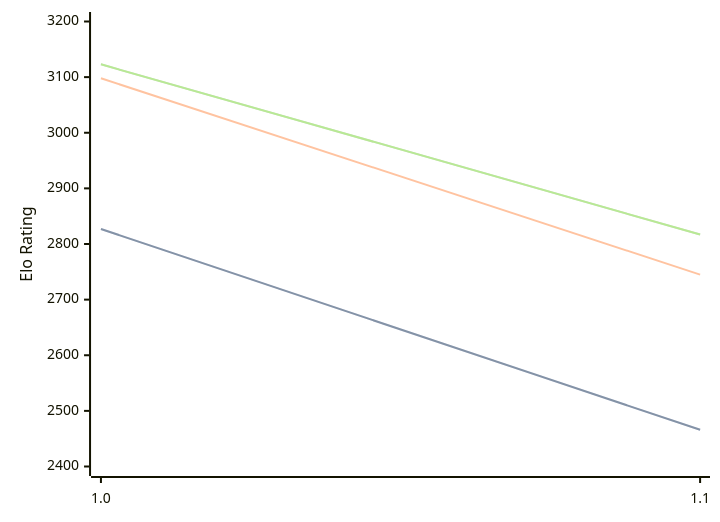
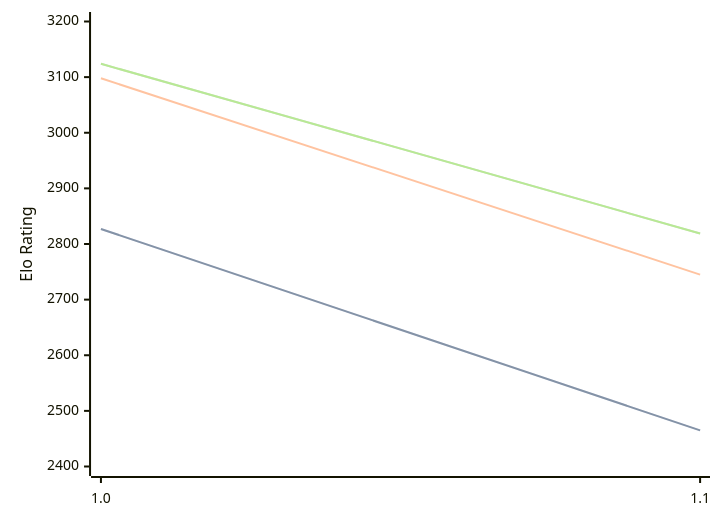
Before and after one commit to computer-chess-index/cci: the third of 3 diagrams in engines/Publius.md, drawn with Mermaid. The commit also changed other lines of this file, not shown here.

Commit message:
Update CCI Ratings (ELO VLTC) - 2026-07-12

````diff
--- a/engines/Publius.md
+++ b/engines/Publius.md
@@ -65,11 +65,11 @@
 ```mermaid
 %%{init: {"theme":"base","themeVariables":{"seriesColors:['#a3a3a3','#222221','#faa371']}}}%%
 xychart-beta
   x-axis ["1.0", "1.1"]
   y-axis "Elo Rating" 2400 --> 3200
-  line "STC (8.0+0.08s)" [2827, 2466]
-  line "STC (8.0+0.08s)" [2827, 2466]
+  line "STC (8.0+0.08s)" [2827, 2465]
+  line "STC (8.0+0.08s)" [2827, 2465]
   line "LTC (60.0+0.60s)" [3098, 2745]
-  line "VLTC (2m24s+1.12s)" [3123, 2817]
-  line "VLTC (2m24s+1.12s)" [3123, 2817]
+  line "VLTC (2m24s+1.12s)" [3124, 2819]
+  line "VLTC (2m24s+1.12s)" [3124, 2819]
 ```
````
